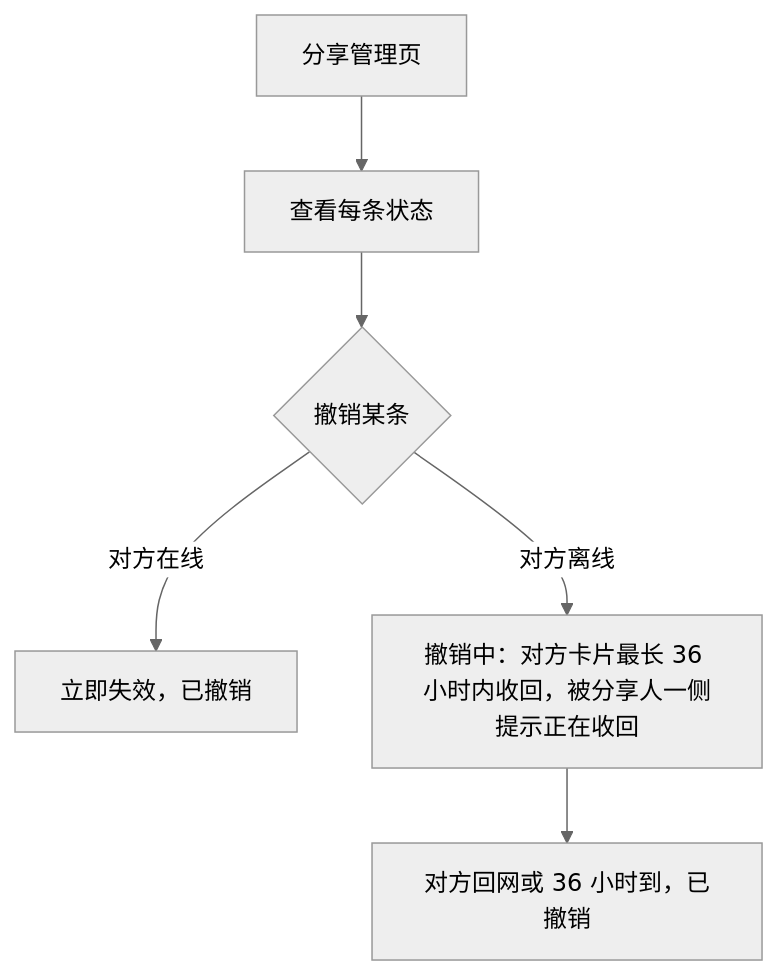
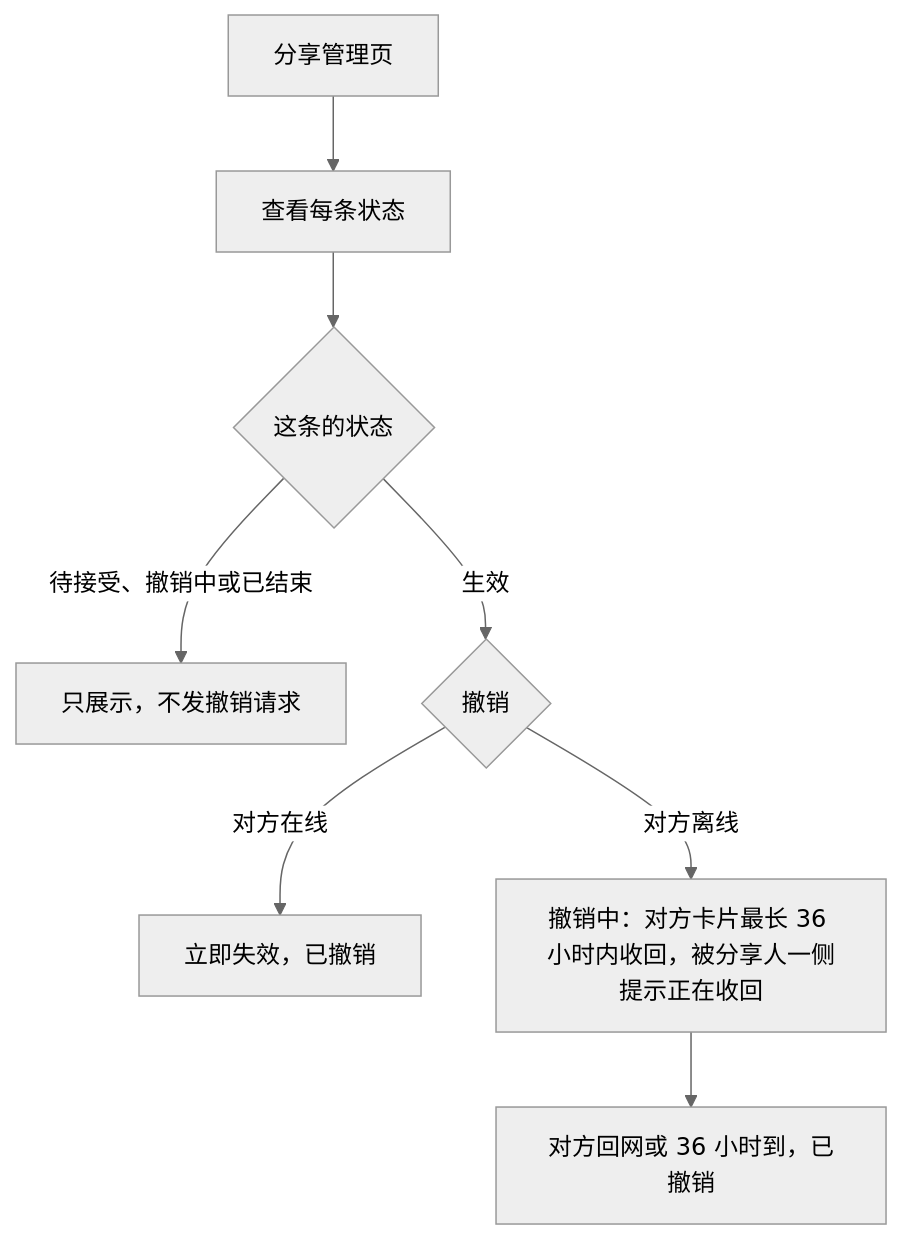
Before and after one commit to sqsqsq/SimulatedWalletForHmos: the second of 2 diagrams in doc/plan/2.0.3/2026-10-07-整体设计/实施反馈/金样候选/car-key-sharing/update/sharing-wallet-slice/spec/spec.md, drawn with Mermaid (neutral theme). The commit also changed other lines of this file and 31 other files, not shown here.

````diff
--- a/doc/plan/2.0.3/2026-10-07-整体设计/实施反馈/金样候选/car-key-sharing/update/sharing-wallet-slice/spec/spec.md
+++ b/doc/plan/2.0.3/2026-10-07-整体设计/实施反馈/金样候选/car-key-sharing/update/sharing-wallet-slice/spec/spec.md
@@ -147,8 +152,10 @@
 ```mermaid
 flowchart TD
     A[分享管理页] --> B[查看每条状态]
-    B --> C{撤销某条}
+    B --> S{这条的状态}
+    S -->|待接受、撤销中或已结束| N[只展示，不发撤销请求]
+    S -->|生效| C{撤销}
     C -->|对方在线| D[立即失效，已撤销]
     C -->|对方离线| E[撤销中：对方卡片最长 36 小时内收回，被分享人一侧提示正在收回]
     E --> F[对方回网或 36 小时到，已撤销]
 ```
````
